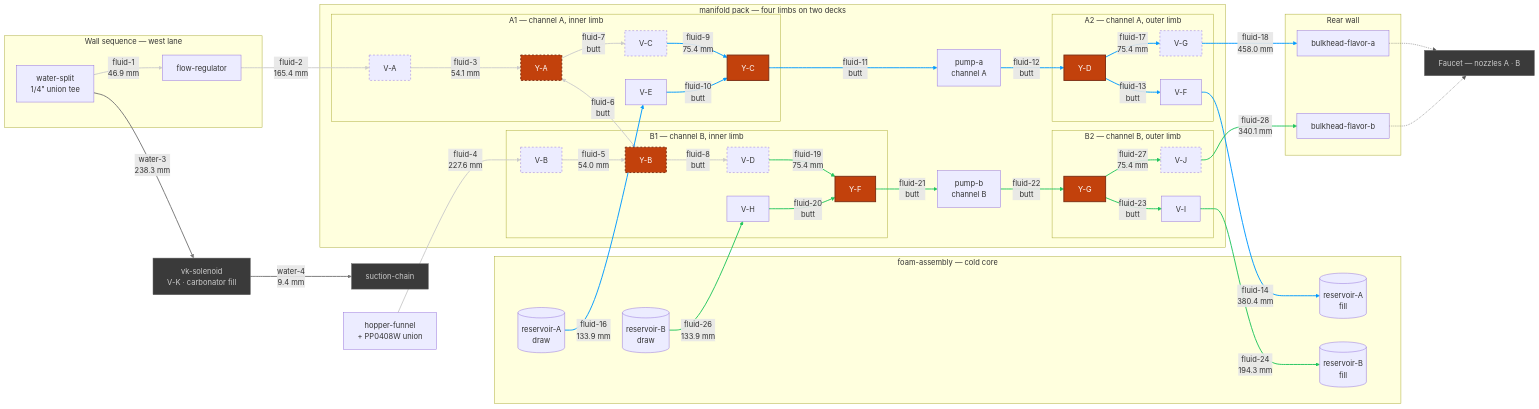
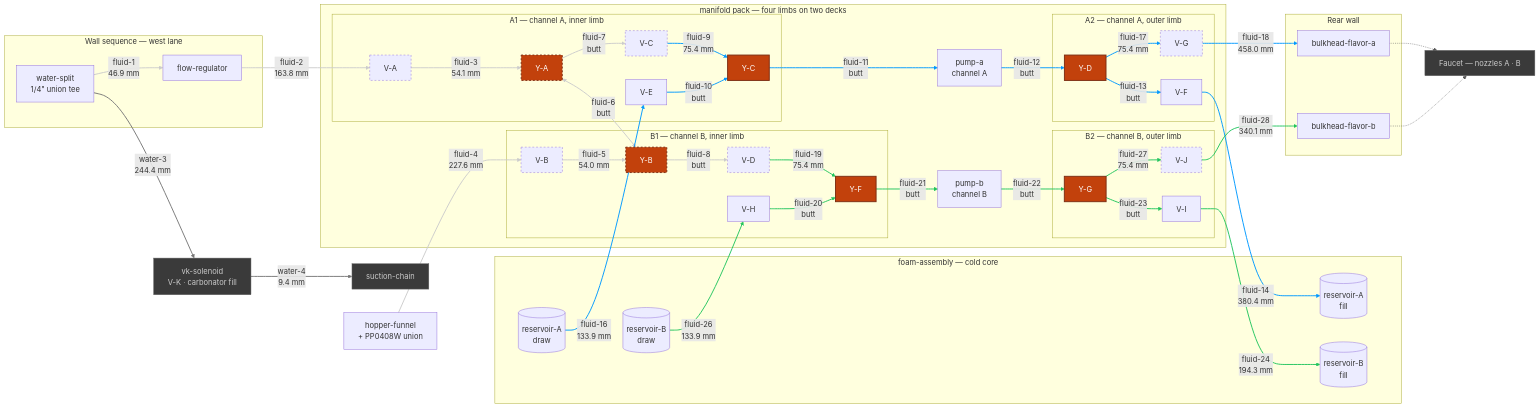
The diagram in hardware/topology/fluid-topology-manifold.mmd (derekbreden/homesodamachine), drawn with Mermaid before and after one commit. The commit also changed 5 other files, not shown here.

```diff
--- a/hardware/topology/fluid-topology-manifold.mmd
+++ b/hardware/topology/fluid-topology-manifold.mmd
@@ -14,7 +14,7 @@
   %% [26](SEGMENT_COUNT) flavor segments. [11](BUTT_COUNT) are collet butted to collet and carry
   %% no tube at all; [9](DRAWN_COUNT) are swept runs between placed bodies; the rest are the
   %% hinge's four hairpins and the source pair's two quarter-and-step turns. What is cut comes to
-  %% [2490.3 mm](FLUID_TOTAL) of 1/4" LLDPE over [49](FLUID_BENDS) corners, and the longest is
+  %% [2488.6 mm](FLUID_TOTAL) of 1/4" LLDPE over [49](FLUID_BENDS) corners, and the longest is
   %% [fluid-18](LONGEST_ID) at [458.0 mm](LONGEST_LEN). [0](OPEN_COUNT) are mouths with nothing
   %% on the far end of them: EVERY FLAVOR SEGMENT IN THIS CHART IS MADE. The hopper's gravity
   %% drain is drawn like the rest — the funnel is seated in the box rather than placed in the
@@ -118,7 +118,7 @@
   %% V-B come off the folded deck's plane on a quarter turn of R14, then step 28 mm further along
   %% the run and 14 mm across it, toward the cold core's crown.
   Split -->|"fluid-1<br/>46.9 mm"| FlowReg
-  FlowReg -->|"fluid-2<br/>165.4 mm"| VA
+  FlowReg -->|"fluid-2<br/>163.8 mm"| VA
   VA -->|"fluid-3<br/>54.1 mm"| YA
   Hopper -->|"fluid-4<br/>227.6 mm"| VB
   VB -->|"fluid-5<br/>54.0 mm"| YB
@@ -165,7 +165,7 @@
   %% V-K gates the carbonator fill off the same split fluid-1 leaves. It stands on the cold core's
   %% crown, east of the SeaFlo, and water-3 is the one run in the assembly that crosses the whole
   %% machine — the split is in the west lane, V-K is on the east, and its inlet faces forward.
-  Split -->|"water-3<br/>238.3 mm"| VK
+  Split -->|"water-3<br/>244.4 mm"| VK
   VK -->|"water-4<br/>9.4 mm"| SuctChain
 
   %% =========================
```
